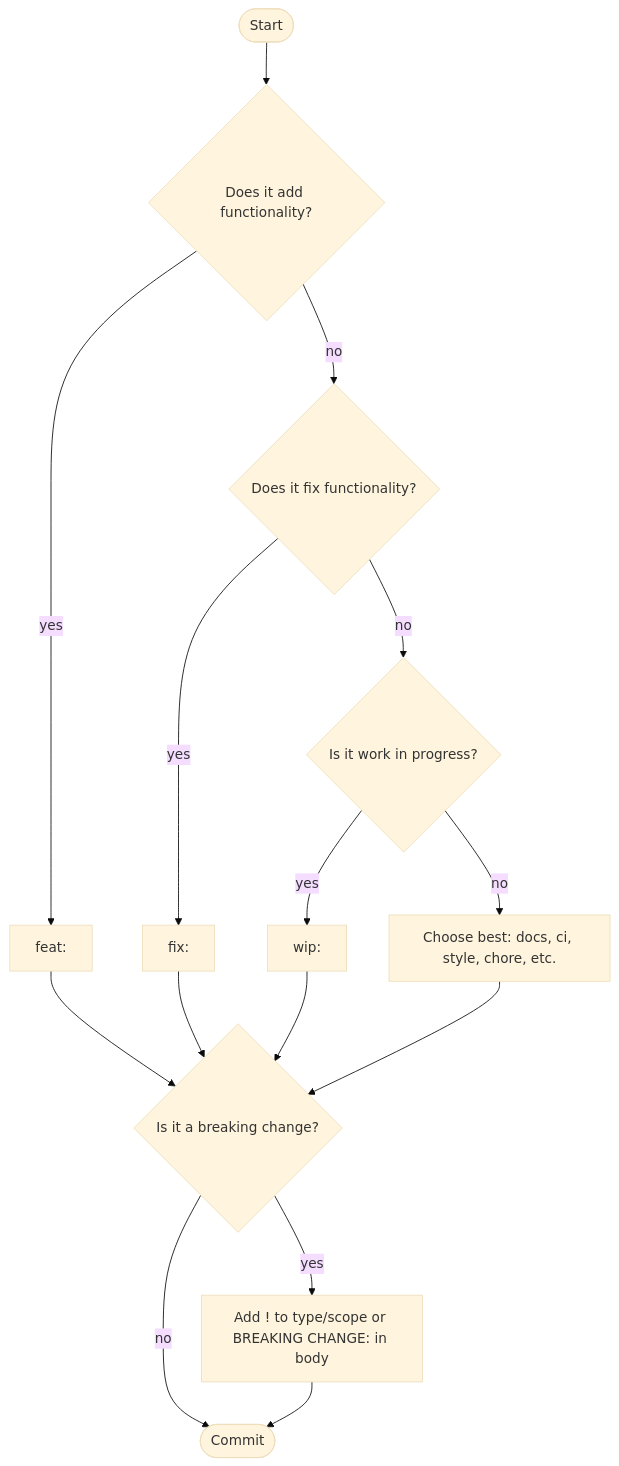
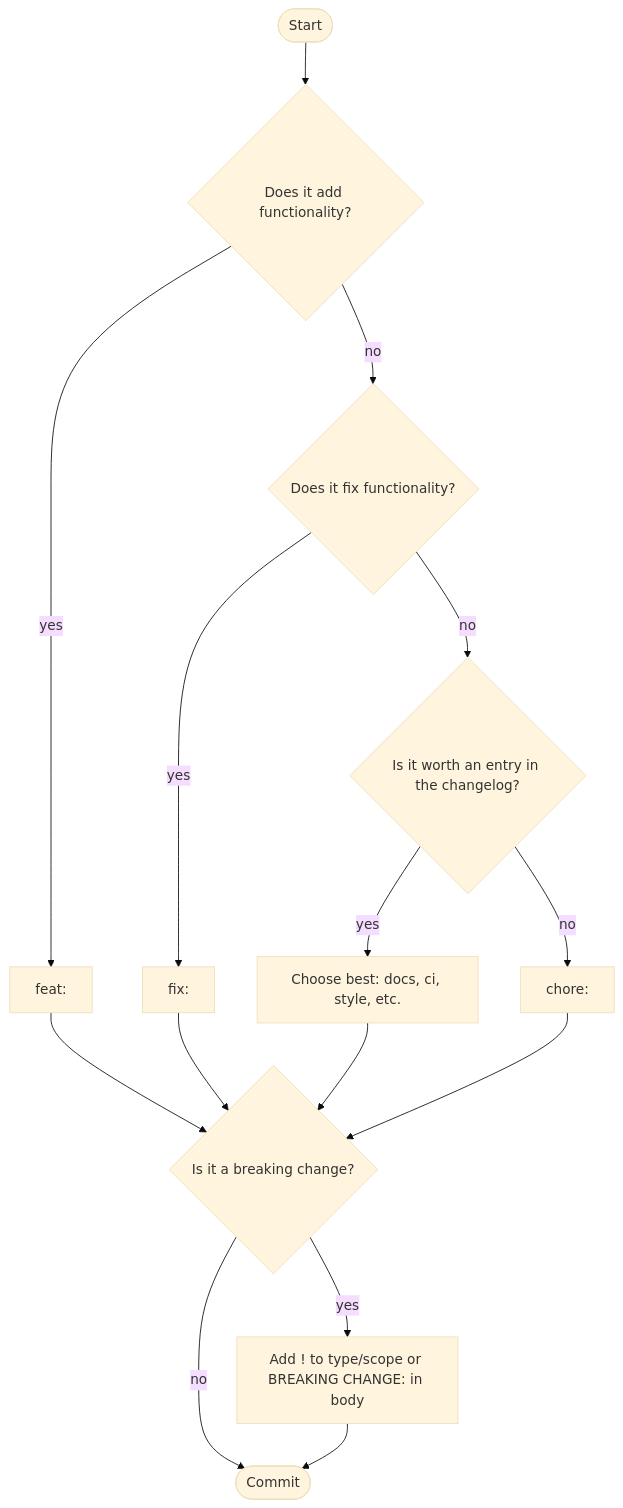
One commit to logickernel/agileflow changed the diagram in docs/conventional-commits.md. Above: the diagram before and after it, drawn with Mermaid (base theme). The commit also changed other lines of this file and 2 other files, not shown here.

Commit message:
docs: enhance README and configuration documentation for AgileFlow, clarifying changelog entries and simplifying CI setup

````diff
--- a/docs/conventional-commits.md
+++ b/docs/conventional-commits.md
@@ -34,22 +34,22 @@
 ```mermaid
 flowchart TD
   Start([Start]) --> A{Does it add functionality?}
 
   A -- "yes" --> F[feat:]
   A -- "no" --> B{Does it fix functionality?}
 
   B -- "yes" --> X[fix:]
-  B -- "no" --> C{Is it work in progress?}
+  B -- "no" --> C{Is it worth an entry in the changelog?}
 
-  C -- "yes" --> W[wip:]
-  C -- "no" --> D[Choose best: docs, ci, style, chore, etc.]
+  C -- "yes" --> W[Choose best: docs, ci, style, etc.]
+  C -- "no" --> D[chore:]
 
   W --> E{Is it a breaking change?}
   F --> E
   X --> E
   D --> E
 
   E -- "no" --> Z([Commit])
   E -- "yes" --> G[Add ! to type/scope or BREAKING CHANGE: in body]
   G --> Z
 ```
````
